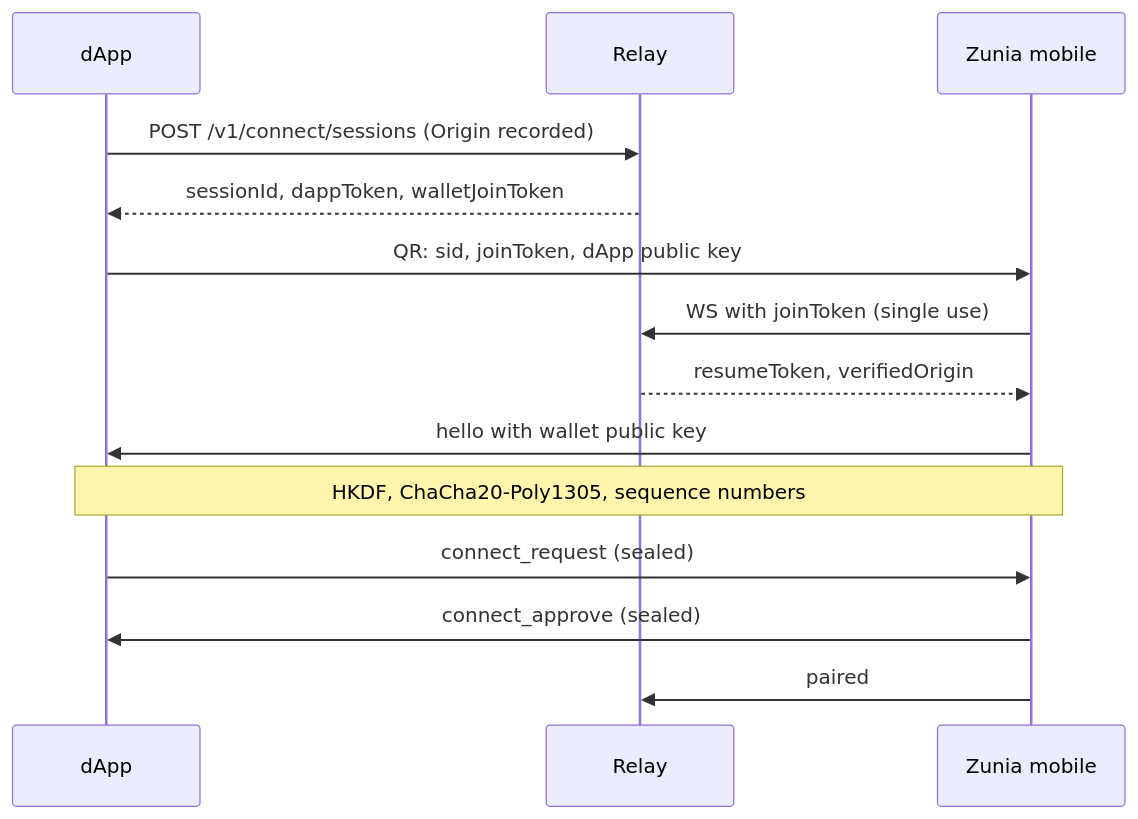
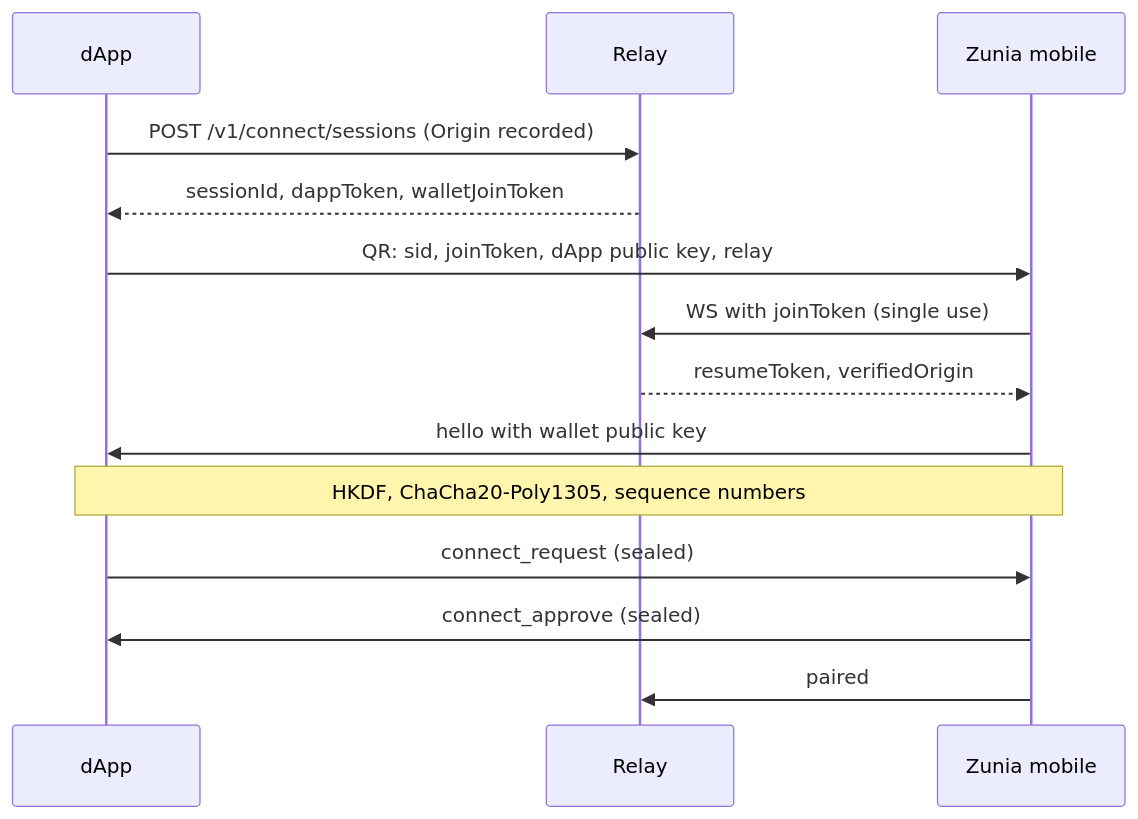
Before and after one commit to Zunia-Lab/zunia-docs: the diagram in docs/integrate/qr.md, drawn with Mermaid. The commit also changed other lines of this file and 27 other files, not shown here.

First line of the commit message:
Bring the docs in line with what ships: the Chrome Web Store listing, the public relay, the live dashboard and the 0.1.1 SDK.

````diff
--- a/docs/integrate/qr.md
+++ b/docs/integrate/qr.md
@@ -37,16 +37,16 @@
 ```mermaid
 sequenceDiagram
   participant Dapp as dApp
   participant Relay as Relay
   participant Wallet as Zunia mobile
   Dapp->>Relay: POST /v1/connect/sessions (Origin recorded)
   Relay-->>Dapp: sessionId, dappToken, walletJoinToken
-  Dapp->>Wallet: QR: sid, joinToken, dApp public key
+  Dapp->>Wallet: QR: sid, joinToken, dApp public key, relay
   Wallet->>Relay: WS with joinToken (single use)
   Relay-->>Wallet: resumeToken, verifiedOrigin
   Wallet->>Dapp: hello with wallet public key
   Note over Dapp,Wallet: HKDF, ChaCha20-Poly1305, sequence numbers
   Dapp->>Wallet: connect_request (sealed)
   Wallet->>Dapp: connect_approve (sealed)
   Wallet->>Relay: paired
 ```
````
